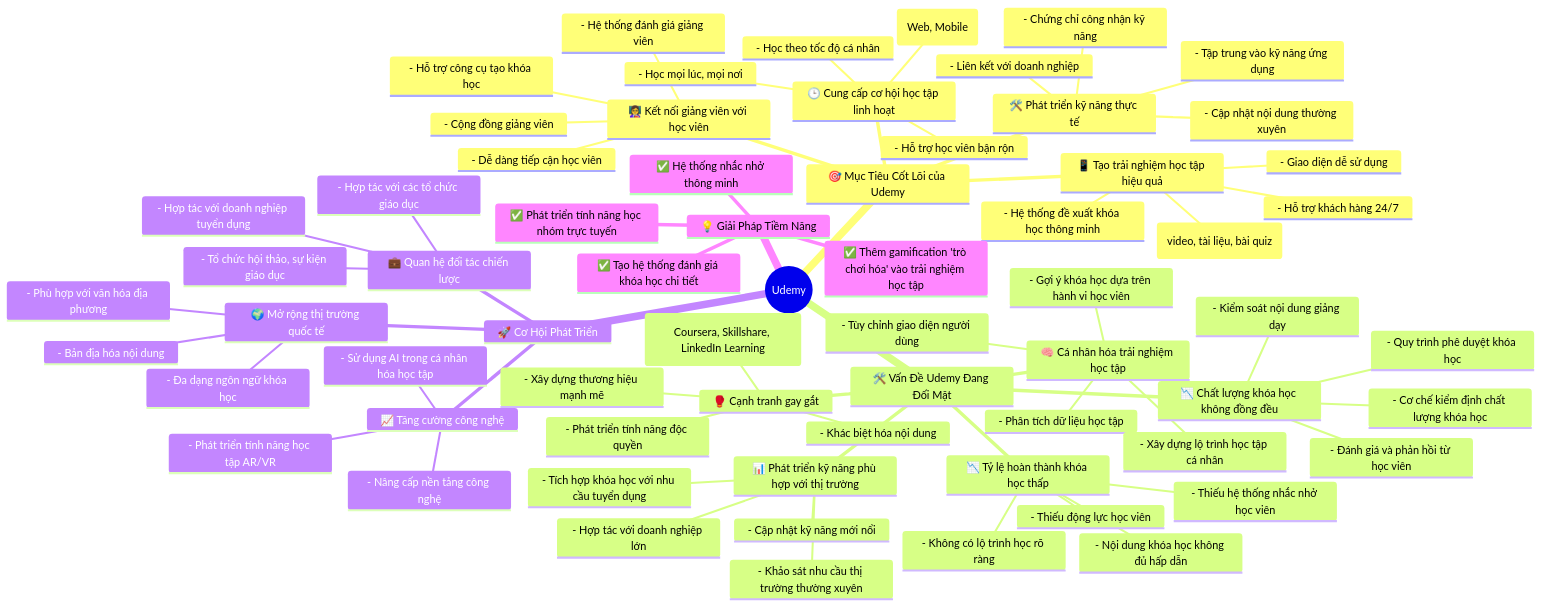
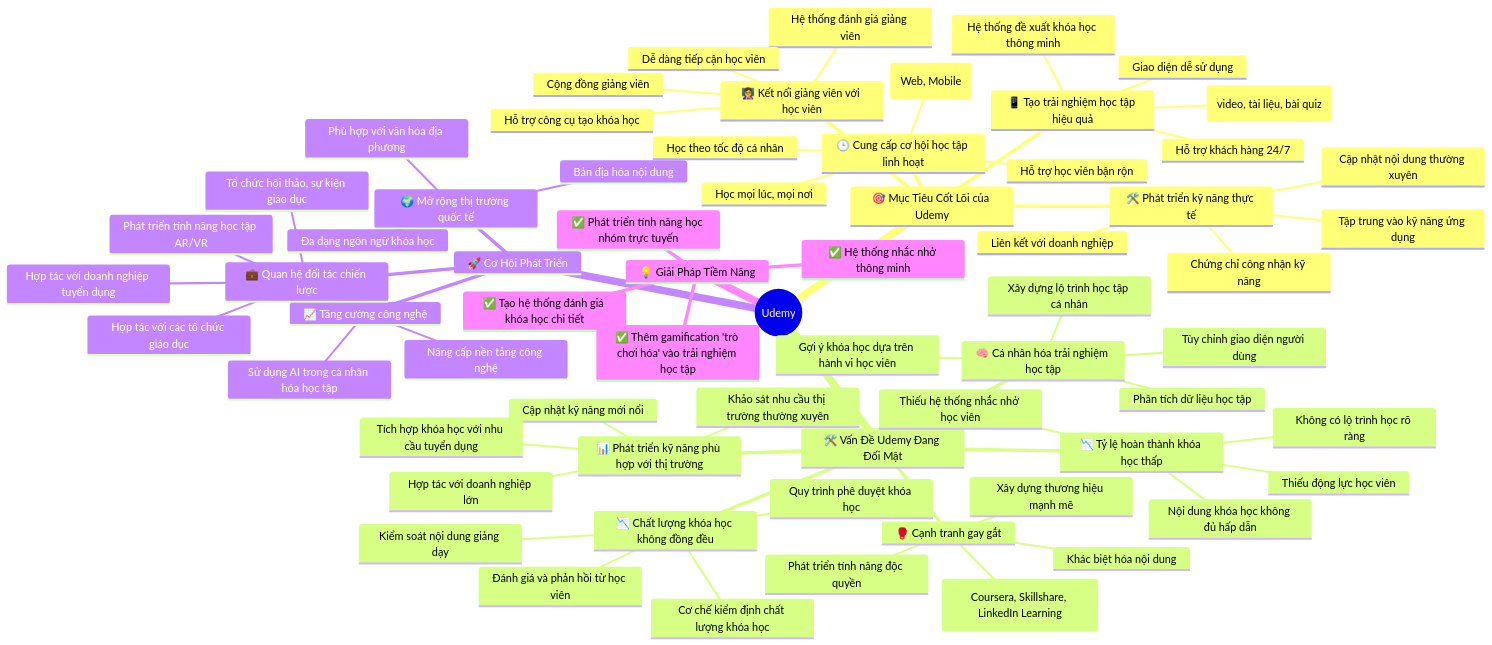
The diagram in docs/designsprintkit/Udemy/sprint-01/01-Understand.mmd (qtvhao/quickcurl), drawn with Mermaid before and after one commit. The commit also changed 1 other file, not shown here.

Commit message:
Refactor Udemy mind map for clarity by removing unnecessary bullet points

```diff
--- a/docs/designsprintkit/Udemy/sprint-01/01-Understand.mmd
+++ b/docs/designsprintkit/Udemy/sprint-01/01-Understand.mmd
@@ -1,71 +1,71 @@
 mindmap
   root((Udemy))
   
     🎯 Mục Tiêu Cốt Lõi của Udemy
       🕒 Cung cấp cơ hội học tập linh hoạt
-        - Học mọi lúc, mọi nơi
-        - Truy cập đa nền tảng (Web, Mobile)
-        - Học theo tốc độ cá nhân
-        - Hỗ trợ học viên bận rộn
+        Học mọi lúc, mọi nơi
+        Truy cập đa nền tảng (Web, Mobile)
+        Học theo tốc độ cá nhân
+        Hỗ trợ học viên bận rộn
       👩‍🏫 Kết nối giảng viên với học viên
-        - Hỗ trợ công cụ tạo khóa học
-        - Hệ thống đánh giá giảng viên
-        - Cộng đồng giảng viên
-        - Dễ dàng tiếp cận học viên
+        Hỗ trợ công cụ tạo khóa học
+        Hệ thống đánh giá giảng viên
+        Cộng đồng giảng viên
+        Dễ dàng tiếp cận học viên
       🛠️ Phát triển kỹ năng thực tế
-        - Tập trung vào kỹ năng ứng dụng
-        - Cập nhật nội dung thường xuyên
-        - Liên kết với doanh nghiệp
-        - Chứng chỉ công nhận kỹ năng
+        Tập trung vào kỹ năng ứng dụng
+        Cập nhật nội dung thường xuyên
+        Liên kết với doanh nghiệp
+        Chứng chỉ công nhận kỹ năng
       📱 Tạo trải nghiệm học tập hiệu quả
-        - Giao diện dễ sử dụng
-        - Hệ thống đề xuất khóa học thông minh
-        - Đa dạng phương pháp giảng dạy (video, tài liệu, bài quiz)
-        - Hỗ trợ khách hàng 24/7
+        Giao diện dễ sử dụng
+        Hệ thống đề xuất khóa học thông minh
+        Đa dạng phương pháp giảng dạy (video, tài liệu, bài quiz)
+        Hỗ trợ khách hàng 24/7
 
     🛠️ Vấn Đề Udemy Đang Đối Mặt
       📉 Chất lượng khóa học không đồng đều
-        - Kiểm soát nội dung giảng dạy
-        - Đánh giá và phản hồi từ học viên
-        - Cơ chế kiểm định chất lượng khóa học
-        - Quy trình phê duyệt khóa học
+        Kiểm soát nội dung giảng dạy
+        Đánh giá và phản hồi từ học viên
+        Cơ chế kiểm định chất lượng khóa học
+        Quy trình phê duyệt khóa học
       🥊 Cạnh tranh gay gắt
-        - Đối thủ lớn (Coursera, Skillshare, LinkedIn Learning)
-        - Khác biệt hóa nội dung
-        - Phát triển tính năng độc quyền
-        - Xây dựng thương hiệu mạnh mẽ
+        Đối thủ lớn (Coursera, Skillshare, LinkedIn Learning)
+        Khác biệt hóa nội dung
+        Phát triển tính năng độc quyền
+        Xây dựng thương hiệu mạnh mẽ
       📉 Tỷ lệ hoàn thành khóa học thấp
-        - Thiếu động lực học viên
-        - Nội dung khóa học không đủ hấp dẫn
-        - Không có lộ trình học rõ ràng
-        - Thiếu hệ thống nhắc nhở học viên
+        Thiếu động lực học viên
+        Nội dung khóa học không đủ hấp dẫn
+        Không có lộ trình học rõ ràng
+        Thiếu hệ thống nhắc nhở học viên
       🧠 Cá nhân hóa trải nghiệm học tập
-        - Gợi ý khóa học dựa trên hành vi học viên
-        - Phân tích dữ liệu học tập
-        - Xây dựng lộ trình học tập cá nhân
-        - Tùy chỉnh giao diện người dùng
+        Gợi ý khóa học dựa trên hành vi học viên
+        Phân tích dữ liệu học tập
+        Xây dựng lộ trình học tập cá nhân
+        Tùy chỉnh giao diện người dùng
       📊 Phát triển kỹ năng phù hợp với thị trường
-        - Cập nhật kỹ năng mới nổi
-        - Hợp tác với doanh nghiệp lớn
-        - Khảo sát nhu cầu thị trường thường xuyên
-        - Tích hợp khóa học với nhu cầu tuyển dụng
+        Cập nhật kỹ năng mới nổi
+        Hợp tác với doanh nghiệp lớn
+        Khảo sát nhu cầu thị trường thường xuyên
+        Tích hợp khóa học với nhu cầu tuyển dụng
 
     🚀 Cơ Hội Phát Triển
       🌍 Mở rộng thị trường quốc tế
-        - Bản địa hóa nội dung
-        - Đa dạng ngôn ngữ khóa học
-        - Phù hợp với văn hóa địa phương
+        Bản địa hóa nội dung
+        Đa dạng ngôn ngữ khóa học
+        Phù hợp với văn hóa địa phương
       📈 Tăng cường công nghệ
-        - Sử dụng AI trong cá nhân hóa học tập
-        - Phát triển tính năng học tập AR/VR
-        - Nâng cấp nền tảng công nghệ
+        Sử dụng AI trong cá nhân hóa học tập
+        Phát triển tính năng học tập AR/VR
+        Nâng cấp nền tảng công nghệ
       💼 Quan hệ đối tác chiến lược
-        - Hợp tác với các tổ chức giáo dục
-        - Hợp tác với doanh nghiệp tuyển dụng
-        - Tổ chức hội thảo, sự kiện giáo dục
+        Hợp tác với các tổ chức giáo dục
+        Hợp tác với doanh nghiệp tuyển dụng
+        Tổ chức hội thảo, sự kiện giáo dục
 
     💡 Giải Pháp Tiềm Năng
       ✅ Tạo hệ thống đánh giá khóa học chi tiết
       ✅ Phát triển tính năng học nhóm trực tuyến
       ✅ Thêm gamification 'trò chơi hóa' vào trải nghiệm học tập
       ✅ Hệ thống nhắc nhở thông minh
```
